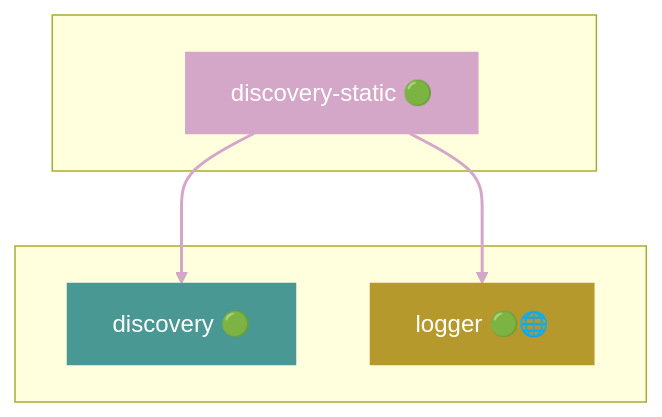
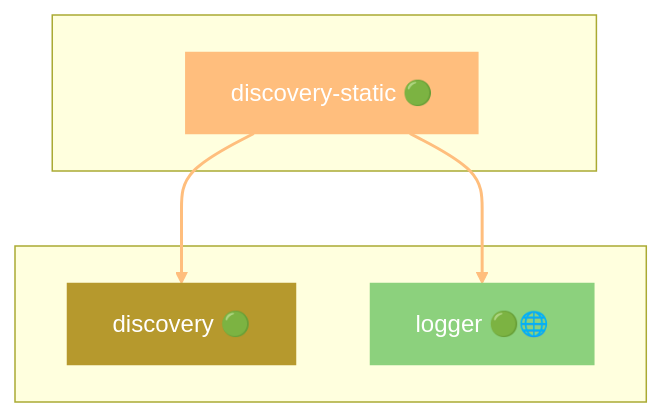
Diagram 18 of 49 in docs/DEPENDENCIES.md (grest-ts/grest-ts), drawn with Mermaid before and after one commit. The commit also changed other lines of this file and 8 other files, not shown here.

````diff
--- a/docs/DEPENDENCIES.md
+++ b/docs/DEPENDENCIES.md
@@ -1133,17 +1099,17 @@
 ```mermaid
 flowchart TB
     subgraph Package[" "]
         discovery-static["discovery-static 🟢"]
     end
     subgraph Dependencies[" "]
         discovery["discovery 🟢"]
         logger["logger 🟢🌐"]
     end
     discovery-static --> discovery
     discovery-static --> logger
-    style discovery-static fill:#D4A6C8,stroke:#D4A6C8,color:#fff
-    style discovery fill:#499894,stroke:#499894,color:#fff
-    style logger fill:#B6992D,stroke:#B6992D,color:#fff
-    linkStyle 0 stroke:#D4A6C8,stroke-width:2px
-    linkStyle 1 stroke:#D4A6C8,stroke-width:2px
+    style discovery-static fill:#FFBE7D,stroke:#FFBE7D,color:#fff
+    style discovery fill:#B6992D,stroke:#B6992D,color:#fff
+    style logger fill:#8CD17D,stroke:#8CD17D,color:#fff
+    linkStyle 0 stroke:#FFBE7D,stroke-width:2px
+    linkStyle 1 stroke:#FFBE7D,stroke-width:2px
 ```
````
